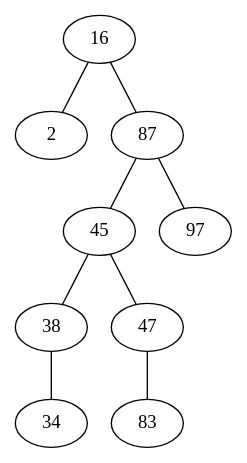
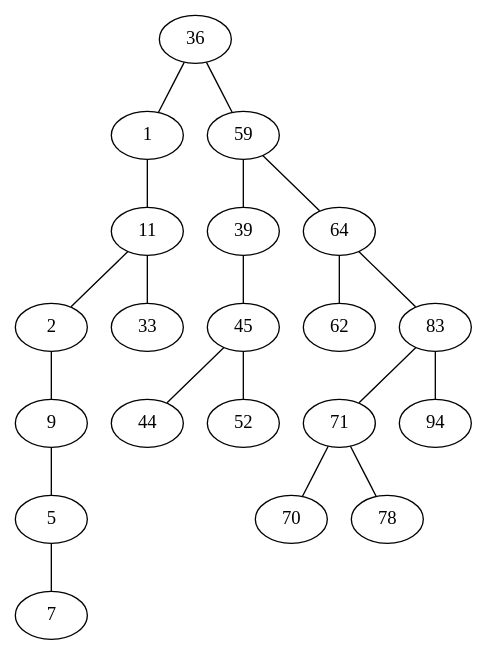
Before and after one commit to kevllino/Multithreading: the diagram in Main/main.dot, drawn with Graphviz. The commit also changed 14 other files, not shown here.

```diff
--- a/Main/main.dot
+++ b/Main/main.dot
@@ -1,10 +1,21 @@
 graph main {
-16 -- 2
-16 -- 87;
-87 -- 45
-87 -- 97;
-45 -- 38
-45 -- 47;
-38 -- 34
-47 -- 83;
+36 -- 1
+36 -- 59;
+1 -- 11;
+59 -- 39
+59 -- 64;
+11 -- 2
+11 -- 33;
+39 -- 45;
+64 -- 62
+64 -- 83;
+2 -- 9;
+45 -- 44
+45 -- 52;
+83 -- 71
+83 -- 94;
+9 -- 5
+71 -- 70
+71 -- 78;
+5 -- 7;
 }
```
